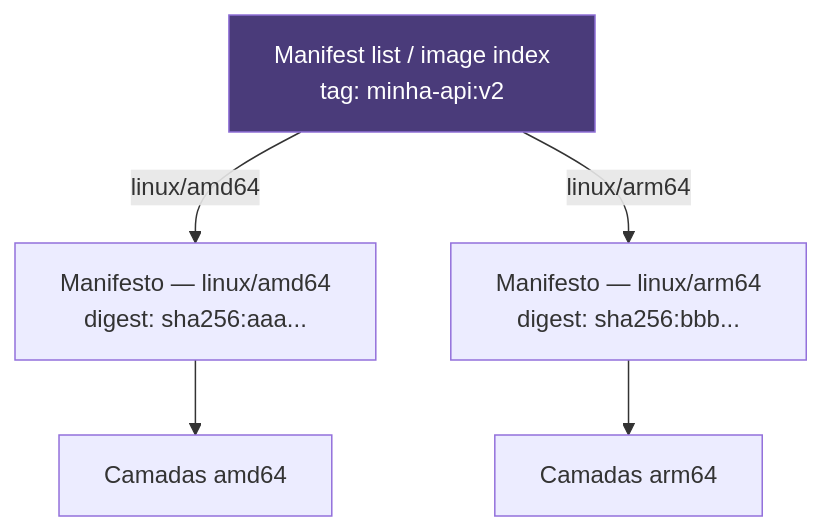
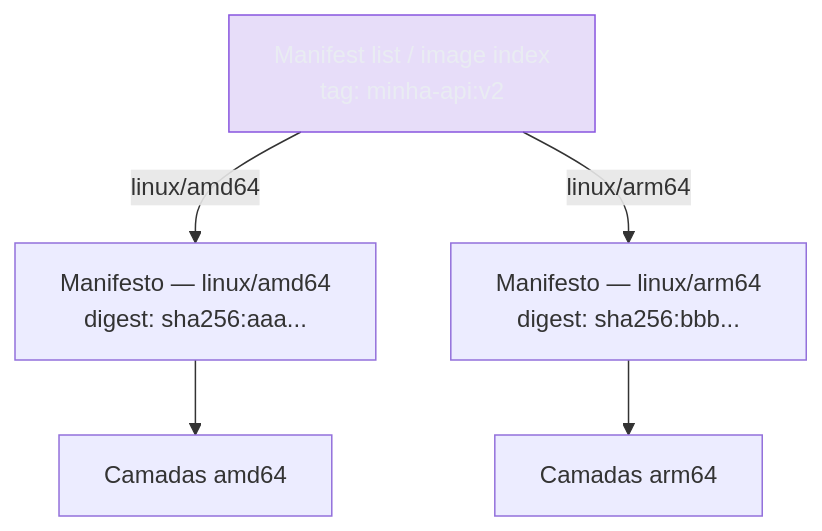
Before and after one commit to josenaldo/codex-technomanticus: the third of 6 diagrams in 03-Dominios/Tecnologia/Infraestrutura/Docker/12 - Registry.md, drawn with Mermaid. The commit also changed other lines of this file and 1181 other files, not shown here.

First line of the commit message:
fix(diagramas): paleta do sistema no lugar de cor cravada no markdown

````diff
--- a/03-Dominios/Tecnologia/Infraestrutura/Docker/12 - Registry.md
+++ b/03-Dominios/Tecnologia/Infraestrutura/Docker/12 - Registry.md
@@ -143,15 +143,16 @@
 ```mermaid
 graph TB
+    classDef marca fill:#8855DF33,stroke:#8855DF,color:#E9ECF2
     ML["Manifest list / image index\ntag: minha-api:v2"]
     MA["Manifesto — linux/amd64\ndigest: sha256:aaa..."]
     MB["Manifesto — linux/arm64\ndigest: sha256:bbb..."]
     LA1["Camadas amd64"]
     LB1["Camadas arm64"]
 
     ML -->|"linux/amd64"| MA
     ML -->|"linux/arm64"| MB
     MA --> LA1
     MB --> LB1
 
-    style ML fill:#4a3b7a,stroke:#8e6fd6,color:#fff
+    class ML marca
 ```
````
